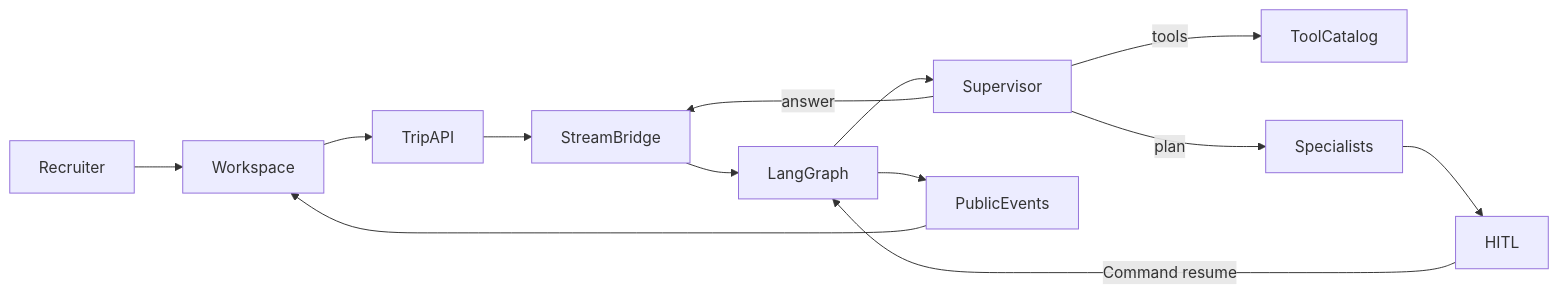
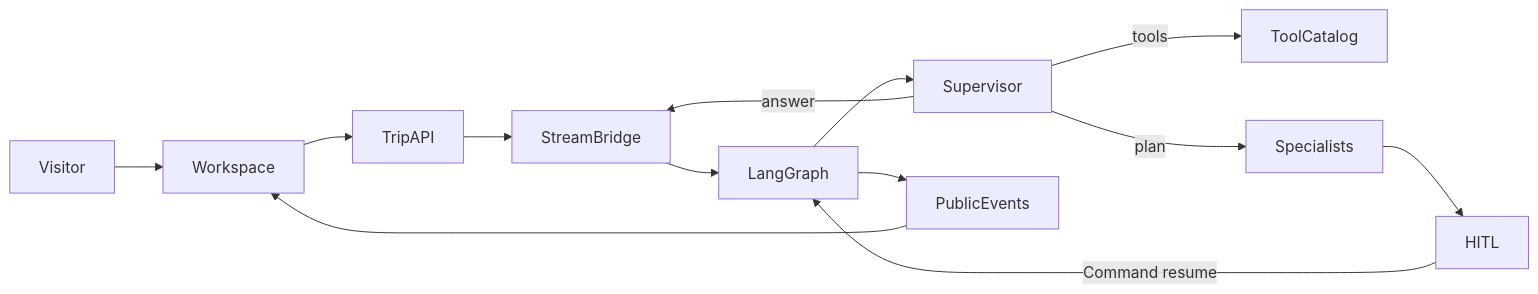
One commit to pppdns/langchain-travel-planner-agent changed the first of 3 diagrams in README.md. Above: the diagram before and after it, drawn with Mermaid. The commit also changed other lines of this file, not shown here.

````diff
--- a/README.md
+++ b/README.md
@@ -22,15 +20,15 @@
 ```mermaid
 flowchart LR
-  Recruiter --> Workspace
+  Visitor --> Workspace
   Workspace --> TripAPI
   TripAPI --> StreamBridge
   StreamBridge --> LangGraph
   LangGraph --> Supervisor
   Supervisor -->|tools| ToolCatalog
   Supervisor -->|answer| StreamBridge
   Supervisor -->|plan| Specialists
   Specialists --> HITL
   HITL -->|Command resume| LangGraph
   LangGraph --> PublicEvents
   PublicEvents --> Workspace
 ```
````
